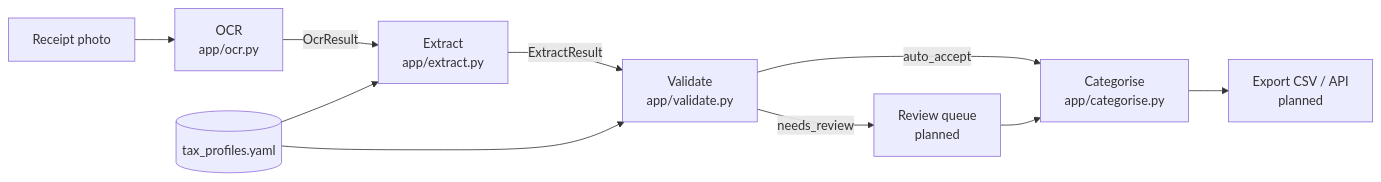
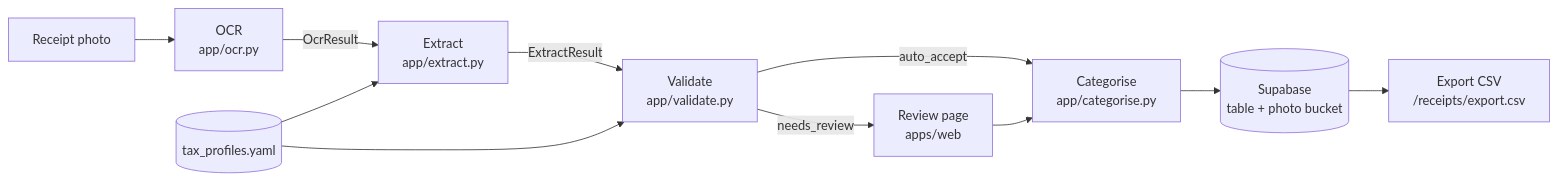
The diagram in docs/GUIDE.md (SubodhAmbade/ai-expense-tool), drawn with Mermaid before and after one commit. The commit also changed other lines of this file and 18 other files, not shown here.

First line of the commit message:
Add skeleton app: upload, review, confirm, CSV export on Supabase (#4)

````diff
--- a/docs/GUIDE.md
+++ b/docs/GUIDE.md
@@ -97,12 +123,13 @@
 ```mermaid
 flowchart LR
     A[Receipt photo] --> B[OCR<br/>app/ocr.py]
     B -->|OcrResult| C[Extract<br/>app/extract.py]
     C -->|ExtractResult| D[Validate<br/>app/validate.py]
     P[(tax_profiles.yaml)] --> C
     P --> D
     D -->|auto_accept| E[Categorise<br/>app/categorise.py]
-    D -->|needs_review| R[Review queue<br/>planned]
+    D -->|needs_review| R[Review page<br/>apps/web]
     R --> E
-    E --> X[Export CSV / API<br/>planned]
+    E --> S[(Supabase<br/>table + photo bucket)]
+    S --> X[Export CSV<br/>/receipts/export.csv]
 ```
````
